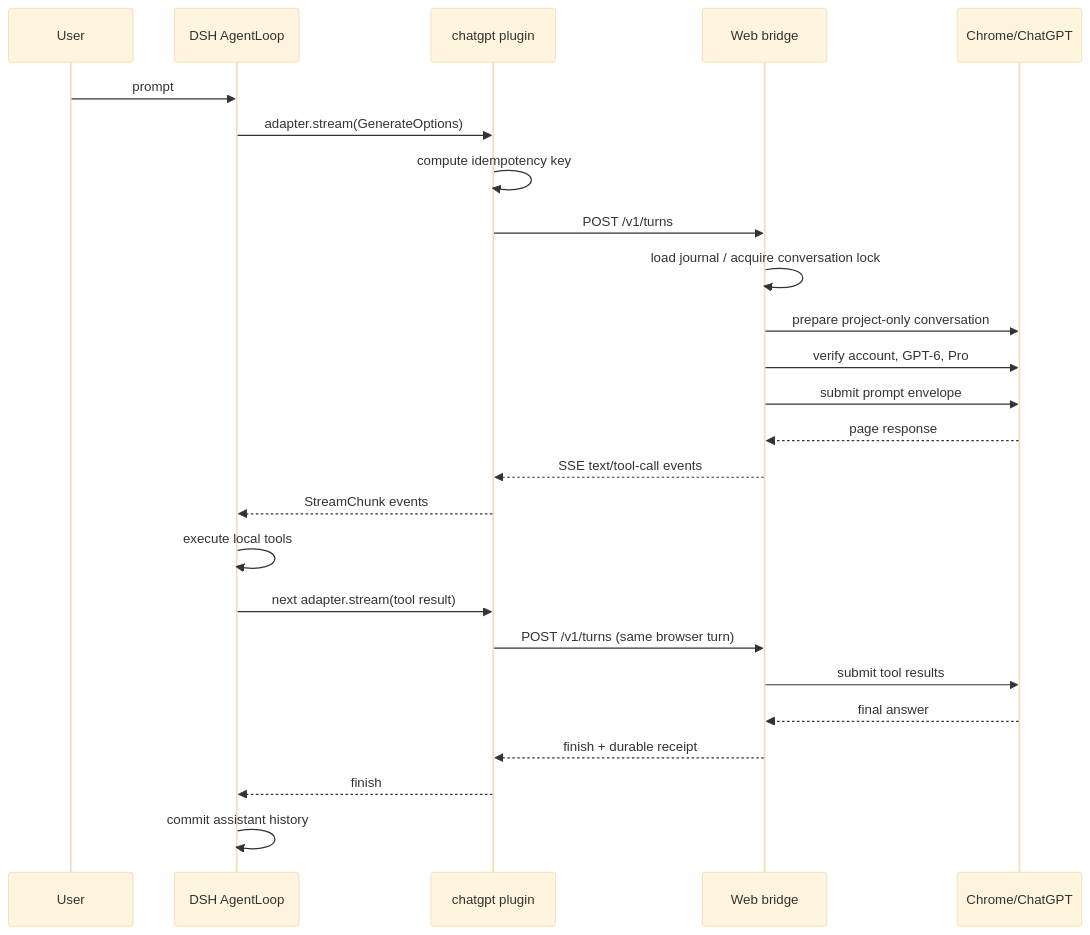
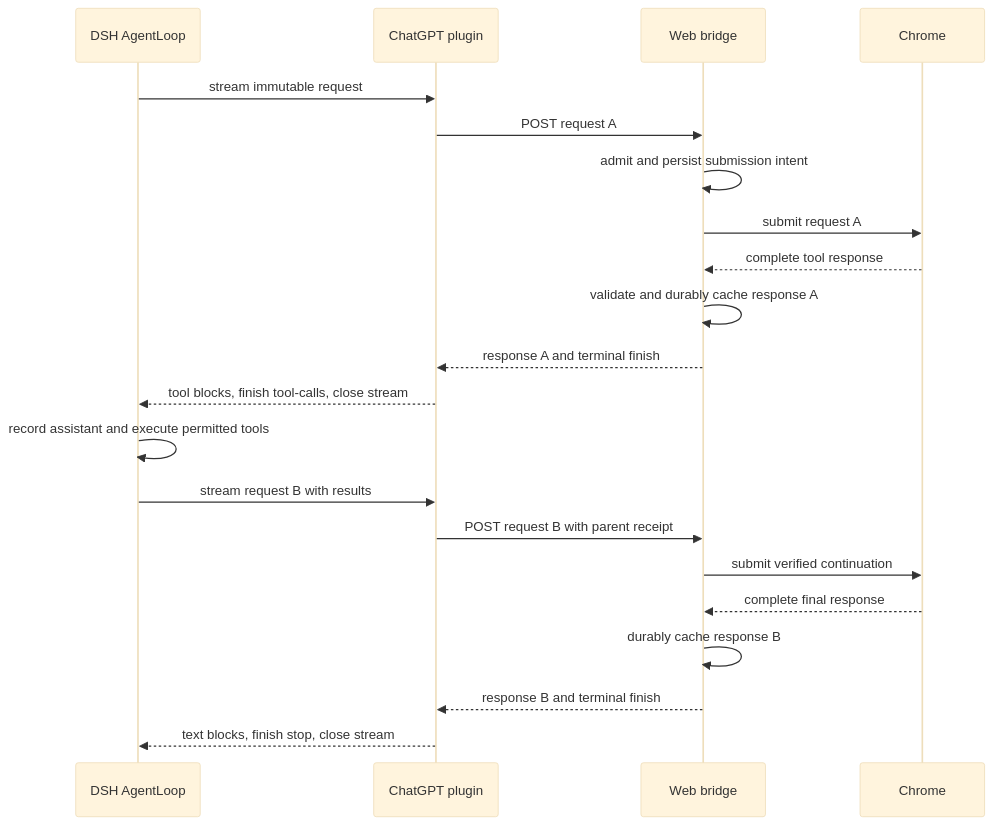
The first of 2 diagrams in docs/design/chatgpt-web-sidecar.md (ckanner/dsh-plugin-chatgpt), drawn with Mermaid (base theme) before and after one commit. The commit also changed other lines of this file and 1 other file, not shown here.

Commit message:
docs: correct stock DSH sidecar request and recovery contracts

````diff
--- a/docs/design/chatgpt-web-sidecar.md
+++ b/docs/design/chatgpt-web-sidecar.md
@@ -79,28 +77,23 @@
 ```mermaid
 sequenceDiagram
-  participant U as User
   participant D as DSH AgentLoop
-  participant P as chatgpt plugin
+  participant P as ChatGPT plugin
   participant B as Web bridge
-  participant C as Chrome/ChatGPT
-
-  U->>D: prompt
-  D->>P: adapter.stream(GenerateOptions)
-  P->>P: compute idempotency key
-  P->>B: POST /v1/turns
-  B->>B: load journal / acquire conversation lock
-  B->>C: prepare project-only conversation
-  B->>C: verify account, GPT-6, Pro
-  B->>C: submit prompt envelope
-  C-->>B: page response
-  B-->>P: SSE text/tool-call events
-  P-->>D: StreamChunk events
-  D->>D: execute local tools
-  D->>P: next adapter.stream(tool result)
-  P->>B: POST /v1/turns (same browser turn)
-  B->>C: submit tool results
-  C-->>B: final answer
-  B-->>P: finish + durable receipt
-  P-->>D: finish
-  D->>D: commit assistant history
+  participant C as Chrome
+  D->>P: stream immutable request
+  P->>B: POST request A
+  B->>B: admit and persist submission intent
+  B->>C: submit request A
+  C-->>B: complete tool response
+  B->>B: validate and durably cache response A
+  B-->>P: response A and terminal finish
+  P-->>D: tool blocks, finish tool-calls, close stream
+  D->>D: record assistant and execute permitted tools
+  D->>P: stream request B with results
+  P->>B: POST request B with parent receipt
+  B->>C: submit verified continuation
+  C-->>B: complete final response
+  B->>B: durably cache response B
+  B-->>P: response B and terminal finish
+  P-->>D: text blocks, finish stop, close stream
 ```
````
